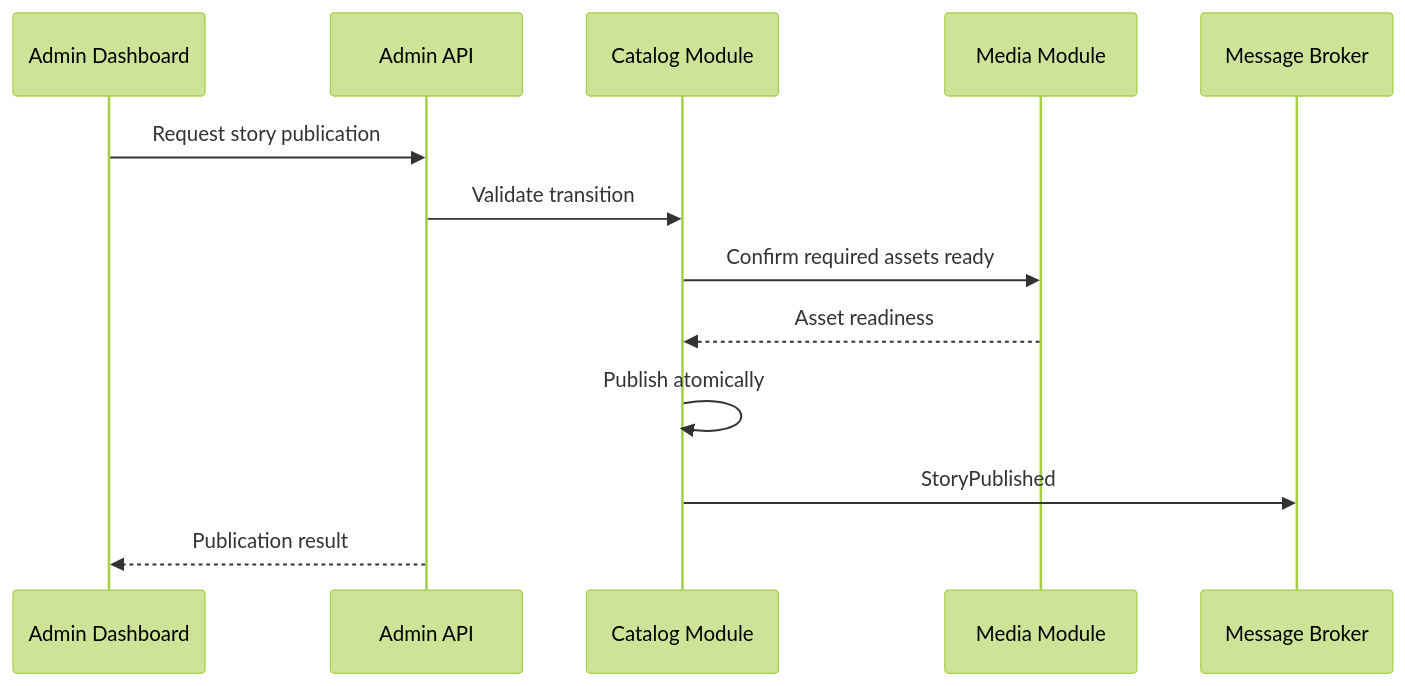
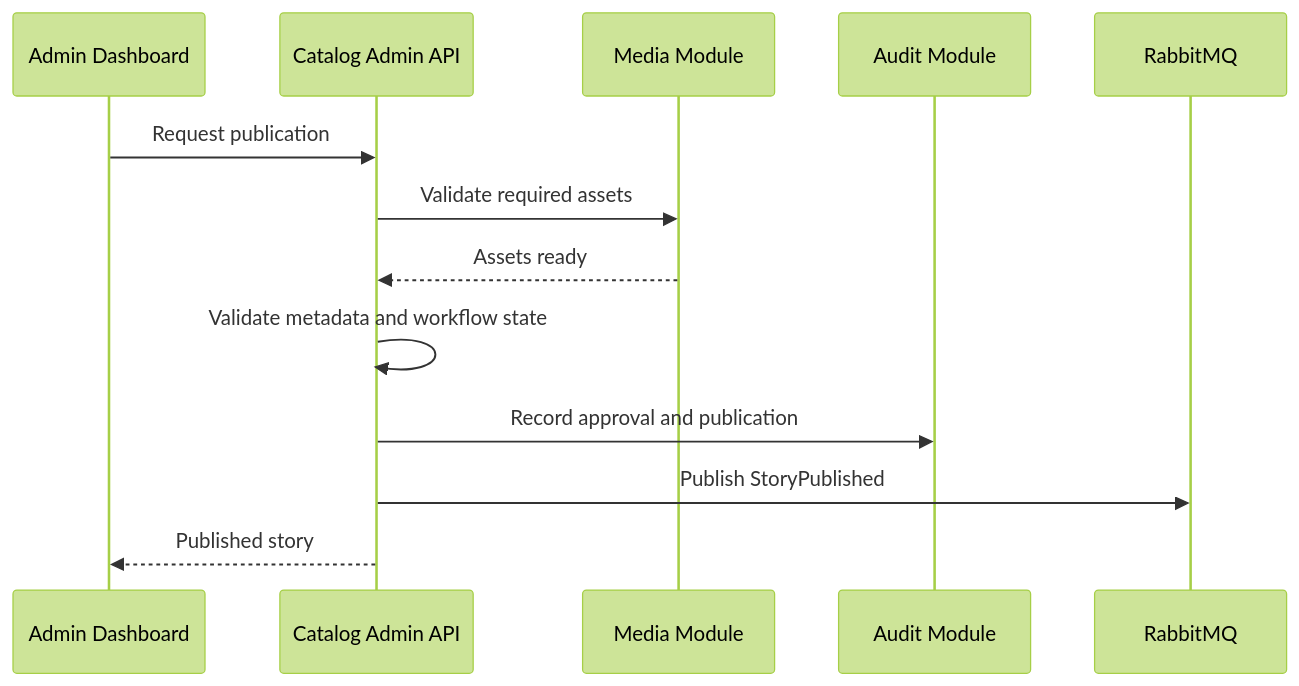
One commit to IoanMarian08/KidsAudioBookPlatform changed the sixth of 6 diagrams in docs/03_Architecture/Software_Architecture.md. Above: the diagram before and after it, drawn with Mermaid (forest theme). The commit also changed other lines of this file, not shown here.

Commit message:
docs(architecture): deepen software architecture specification

````diff
--- a/docs/03_Architecture/Software_Architecture.md
+++ b/docs/03_Architecture/Software_Architecture.md
@@ -475,16 +396,16 @@
 ```mermaid
 sequenceDiagram
     participant Admin as Admin Dashboard
-    participant AdminAPI as Admin API
-    participant Catalog as Catalog Module
+    participant Catalog as Catalog Admin API
     participant Media as Media Module
-    participant Broker as Message Broker
+    participant Audit as Audit Module
+    participant MQ as RabbitMQ
 
-    Admin->>AdminAPI: Request story publication
-    AdminAPI->>Catalog: Validate transition
-    Catalog->>Media: Confirm required assets ready
-    Media-->>Catalog: Asset readiness
-    Catalog->>Catalog: Publish atomically
-    Catalog->>Broker: StoryPublished
-    AdminAPI-->>Admin: Publication result
+    Admin->>Catalog: Request publication
+    Catalog->>Media: Validate required assets
+    Media-->>Catalog: Assets ready
+    Catalog->>Catalog: Validate metadata and workflow state
+    Catalog->>Audit: Record approval and publication
+    Catalog->>MQ: Publish StoryPublished
+    Catalog-->>Admin: Published story
 ```
````
